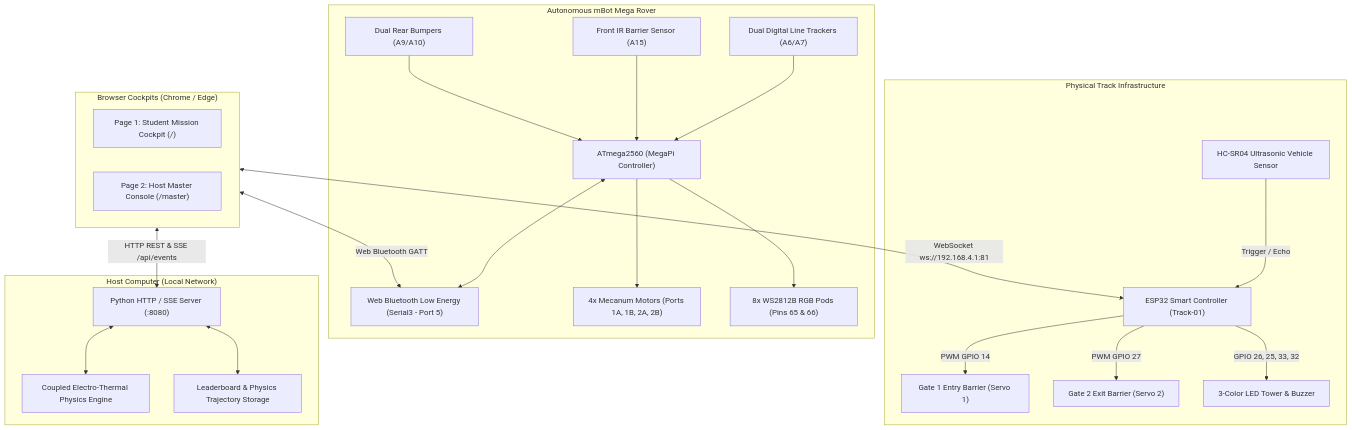
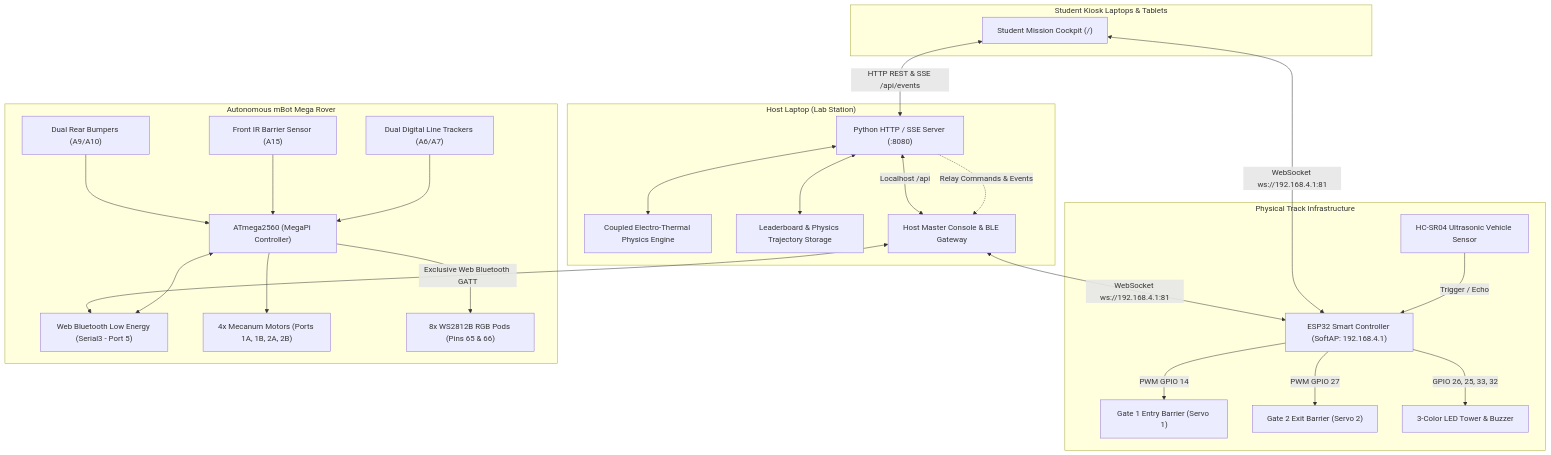
The diagram in README.md (Ahnaf-Muizz/autonomous-ev-smart-track-hub), drawn with Mermaid before and after one commit. The commit also changed other lines of this file and 7 other files, not shown here.

Commit message:
Implement exclusive Host BLE control with Kiosk server relay

````diff
--- a/README.md
+++ b/README.md
@@ -18,47 +18,50 @@
 ```mermaid
 flowchart TD
     subgraph TrackInfrastructure["Physical Track Infrastructure"]
         Gate1["Gate 1 Entry Barrier (Servo 1)"]
         Gate2["Gate 2 Exit Barrier (Servo 2)"]
         Tower["3-Color LED Tower & Buzzer"]
         Sonar["HC-SR04 Ultrasonic Vehicle Sensor"]
-        ESP32["ESP32 Smart Controller (Track-01)"]
+        ESP32["ESP32 Smart Controller (SoftAP: 192.168.4.1)"]
         Sonar -->|Trigger / Echo| ESP32
         ESP32 -->|PWM GPIO 14| Gate1
         ESP32 -->|PWM GPIO 27| Gate2
         ESP32 -->|GPIO 26, 25, 33, 32| Tower
     end
 
     subgraph MobileRover["Autonomous mBot Mega Rover"]
         MegaPi["ATmega2560 (MegaPi Controller)"]
         BLE["Web Bluetooth Low Energy (Serial3 - Port 5)"]
         IR["Front IR Barrier Sensor (A15)"]
         LineSensors["Dual Digital Line Trackers (A6/A7)"]
         Bumpers["Dual Rear Bumpers (A9/A10)"]
         Mecanum["4x Mecanum Motors (Ports 1A, 1B, 2A, 2B)"]
         LEDs["8x WS2812B RGB Pods (Pins 65 & 66)"]
         LineSensors --> MegaPi
         IR --> MegaPi
         Bumpers --> MegaPi
         MegaPi --> Mecanum
         MegaPi --> LEDs
         MegaPi <--> BLE
     end
 
-    subgraph HostServer["Host Computer (Local Network)"]
+    subgraph HostStation["Host Laptop (Lab Station)"]
         PythonServer["Python HTTP / SSE Server (:8080)"]
         PhysicsEngine["Coupled Electro-Thermal Physics Engine"]
         Datastore["Leaderboard & Physics Trajectory Storage"]
+        MasterConsole["Host Master Console & BLE Gateway"]
         PythonServer <--> PhysicsEngine
         PythonServer <--> Datastore
+        MasterConsole <-->|Localhost /api| PythonServer
+        MasterConsole <-->|Exclusive Web Bluetooth GATT| BLE
     end
 
-    subgraph WebInterfaces["Browser Cockpits (Chrome / Edge)"]
-        StudentKiosk["Page 1: Student Mission Cockpit (/)"]
-        MasterConsole["Page 2: Host Master Console (/master)"]
+    subgraph KioskLaptops["Student Kiosk Laptops & Tablets"]
+        StudentKiosk["Student Mission Cockpit (/)"]
     end
 
-    WebInterfaces <-->|HTTP REST & SSE /api/events| PythonServer
-    WebInterfaces <-->|Web Bluetooth GATT| BLE
-    WebInterfaces <-->|WebSocket ws://192.168.4.1:81| ESP32
+    StudentKiosk <-->|HTTP REST & SSE /api/events| PythonServer
+    PythonServer -.->|Relay Commands & Events| MasterConsole
+    StudentKiosk <-->|WebSocket ws://192.168.4.1:81| ESP32
+    MasterConsole <-->|WebSocket ws://192.168.4.1:81| ESP32
 ```
````
